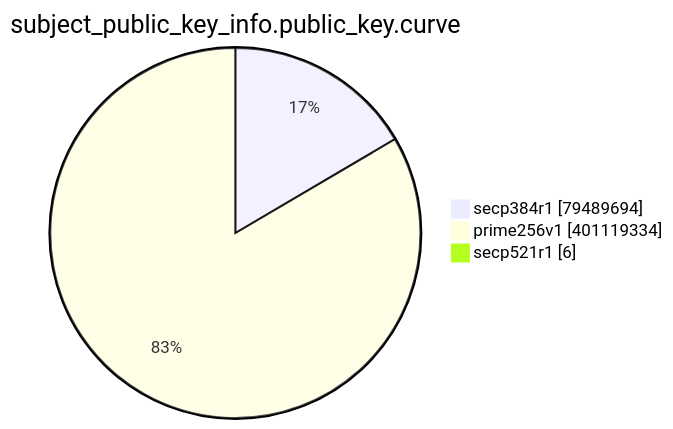
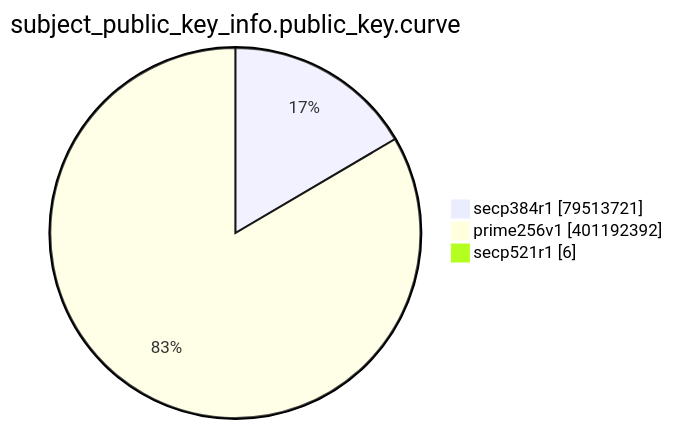
One commit to christiankrug/ctmonitor_visualization changed the eighth of 15 diagrams in TOTAL/README.md. Above: the diagram before and after it, drawn with Mermaid. The commit also changed other lines of this file, not shown here.

````diff
--- a/TOTAL/README.md
+++ b/TOTAL/README.md
@@ -3095,7 +3095,7 @@
 ```mermaid
 pie showData
 title subject_public_key_info.public_key.curve
-"secp384r1" :79489694
-"prime256v1" :401119334
+"secp384r1" :79513721
+"prime256v1" :401192392
 "secp521r1" :6
 ```
````
